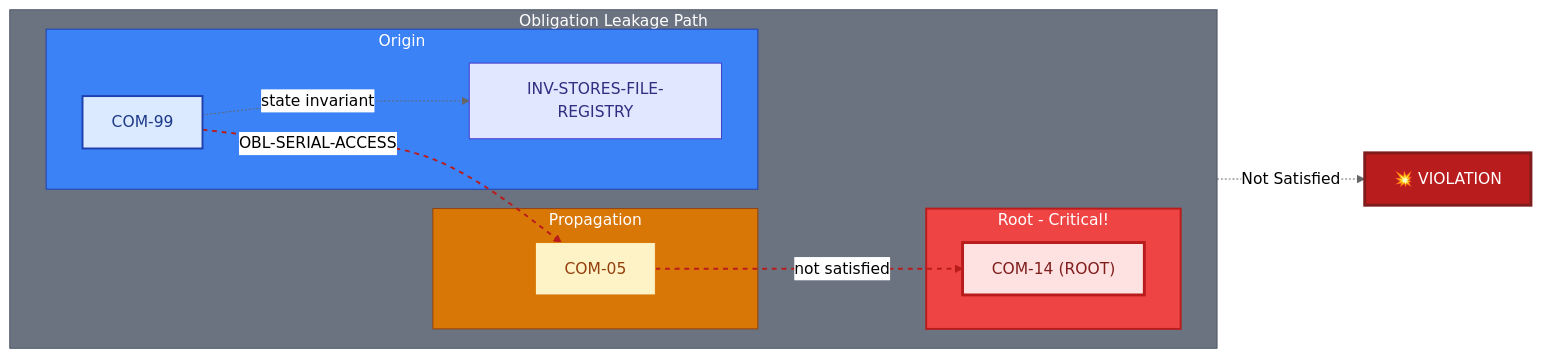
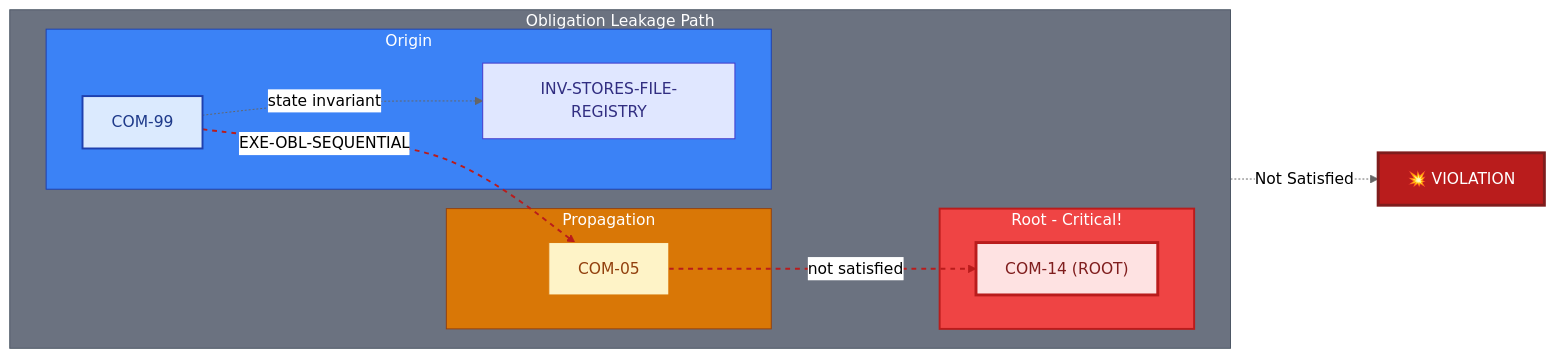
One commit to nestharus/ai-workflow changed the fourth of 10 diagrams in .tasks/plans/algorithm bug finder/feedback.md. Above: the diagram before and after it, drawn with Mermaid (neutral theme). The commit also changed other lines of this file and 14 other files, not shown here.

````diff
--- a/.tasks/plans/algorithm bug finder/feedback.md
+++ b/.tasks/plans/algorithm bug finder/feedback.md
@@ -119,34 +126,34 @@
 ```mermaid
 flowchart LR
     subgraph leakage[Obligation Leakage Path]
         direction LR
         subgraph origin[Origin]
             COM99["COM-99"]:::component
             INV99["INV-STORES-FILE-REGISTRY"]:::invariant
         end
         subgraph propagation[Propagation]
             COM05["COM-05"]:::inherit
         end
         subgraph root[Root - Critical!]
             COM14["COM-14 (ROOT)"]:::critical
         end
     end
 
     COM99 -.->|"state invariant"| INV99
-    COM99 -->|"OBL-SERIAL-ACCESS"| COM05
+    COM99 -->|"EXE-OBL-SEQUENTIAL"| COM05
     COM05 -.->|"not satisfied"| COM14
     COM14 -.->|"Not Satisfied"| BOOM["💥 VIOLATION"]:::violation
 
     classDef component fill:#dbeafe,stroke:#1e40af,stroke-width:2px,color:#1e3a8a
     classDef invariant fill:#e0e7ff,stroke:#4338ca,color:#312e81
     classDef inherit fill:#fef3c7,stroke:#d97706,color:#92400e
     classDef critical fill:#fee2e2,stroke:#b91c1c,stroke-width:3px,color:#7f1d1d
     classDef violation fill:#b91c1c,stroke:#7f1d1d,stroke-width:3px,color:#ffffff
 
     style origin fill:#3b82f6,stroke:#1e40af,color:#ffffff
     style propagation fill:#d97706,stroke:#92400e,color:#ffffff
     style root fill:#ef4444,stroke:#b91c1c,stroke-width:2px,color:#ffffff
     style leakage fill:#6b7280,stroke:#4b5563,color:#ffffff
 
     linkStyle 1,2 stroke:#b91c1c,stroke-width:2px,stroke-dasharray:5
 ```
````
